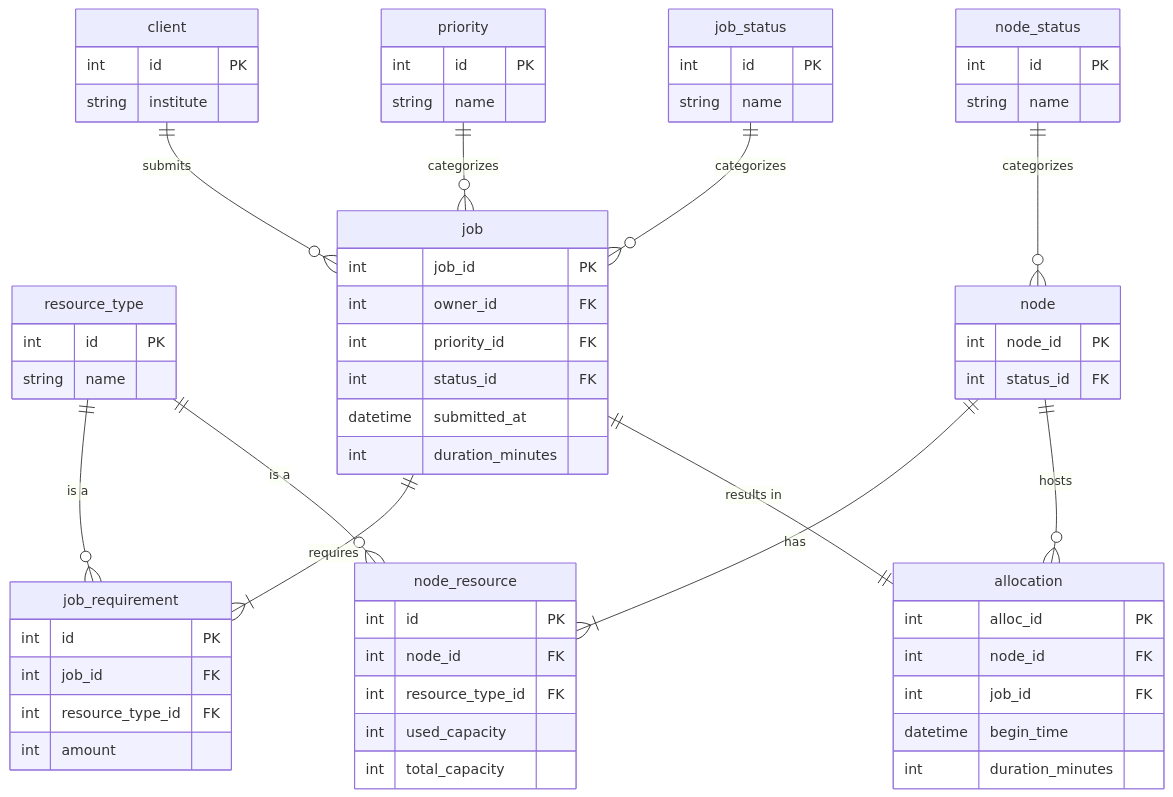
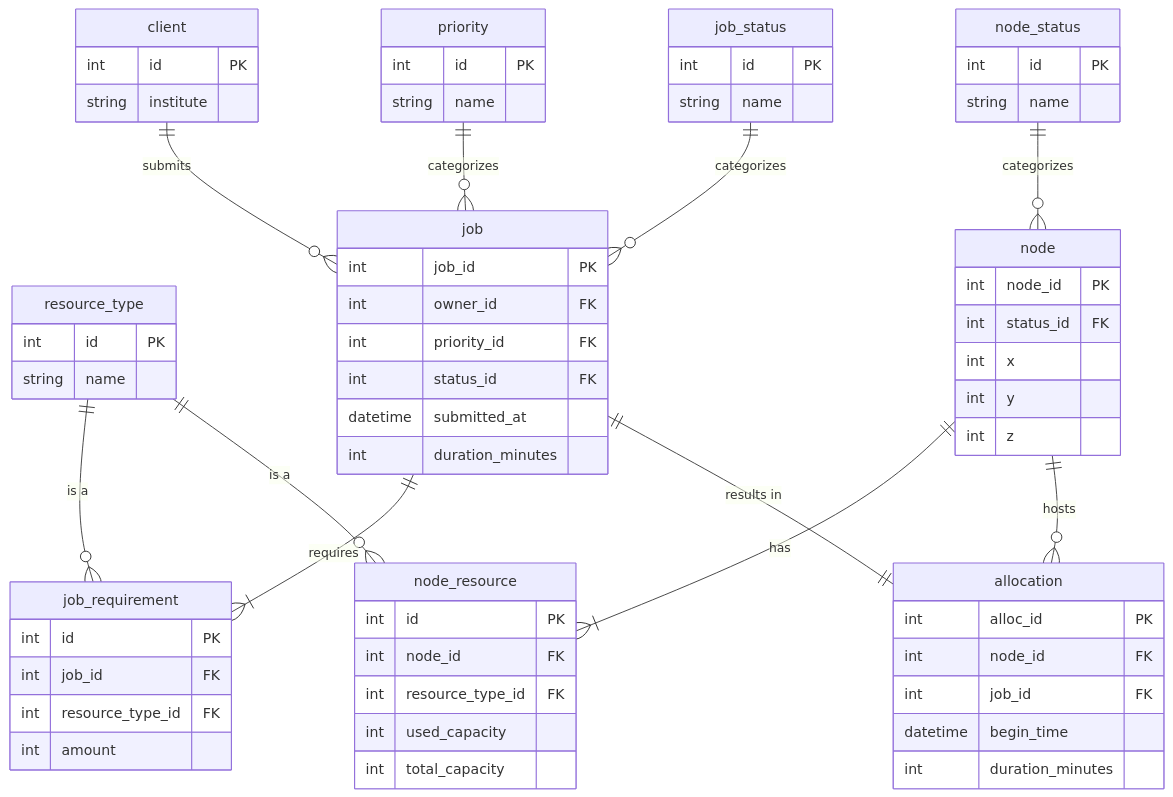
The second of 2 diagrams in README.md (labo-man002/job-scheduler), drawn with Mermaid before and after one commit. The commit also changed other lines of this file, not shown here.

First line of the commit message:
Add 3D torus topology to the class diagram

````diff
--- a/README.md
+++ b/README.md
@@ -158,75 +190,78 @@
 ```mermaid
 erDiagram
     client {
         int id PK
         string institute
     }
 
     priority {
         int id PK
         string name
     }
 
     job_status {
         int id PK
         string name
     }
 
     resource_type {
         int id PK
         string name
     }
 
     job {
         int job_id PK
         int owner_id FK
         int priority_id FK
         int status_id FK
         datetime submitted_at
         int duration_minutes
     }
 
     job_requirement {
         int id PK
         int job_id FK
         int resource_type_id FK
         int amount
     }
 
     node_status {
         int id PK
         string name
     }
 
     node {
         int node_id PK
         int status_id FK
+        int x
+        int y
+        int z
     }
 
     node_resource {
         int id PK
         int node_id FK
         int resource_type_id FK
         int used_capacity
         int total_capacity
     }
 
     allocation {
         int alloc_id PK
         int node_id FK
         int job_id FK
         datetime begin_time
         int duration_minutes
     }
 
     client ||--o{ job : submits
     priority ||--o{ job : categorizes
     job_status ||--o{ job : categorizes
     job ||--|{ job_requirement : requires
     resource_type ||--o{ job_requirement : "is a"
     node_status ||--o{ node : categorizes
     node ||--|{ node_resource : has
     resource_type ||--o{ node_resource : "is a"
     node ||--o{ allocation : hosts
     job ||--|| allocation : "results in"
 ```
````
